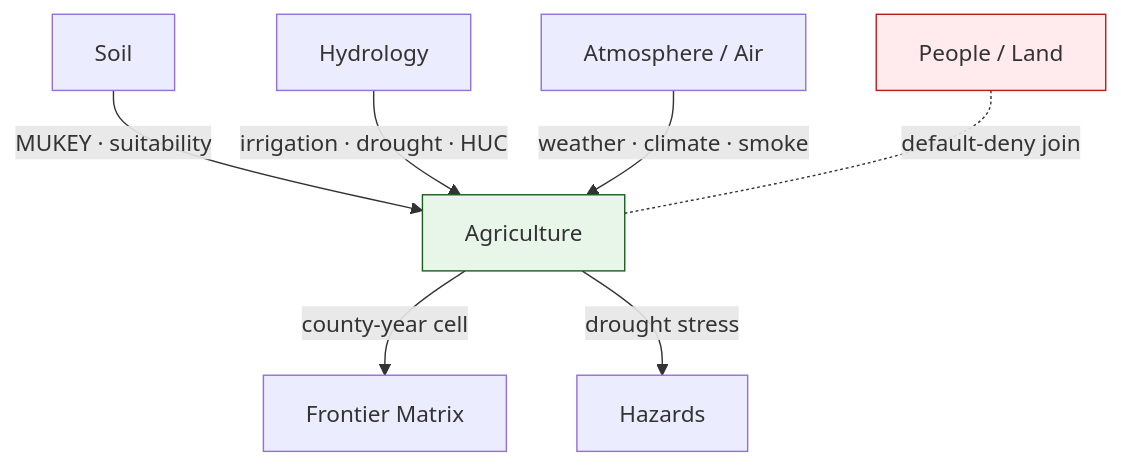
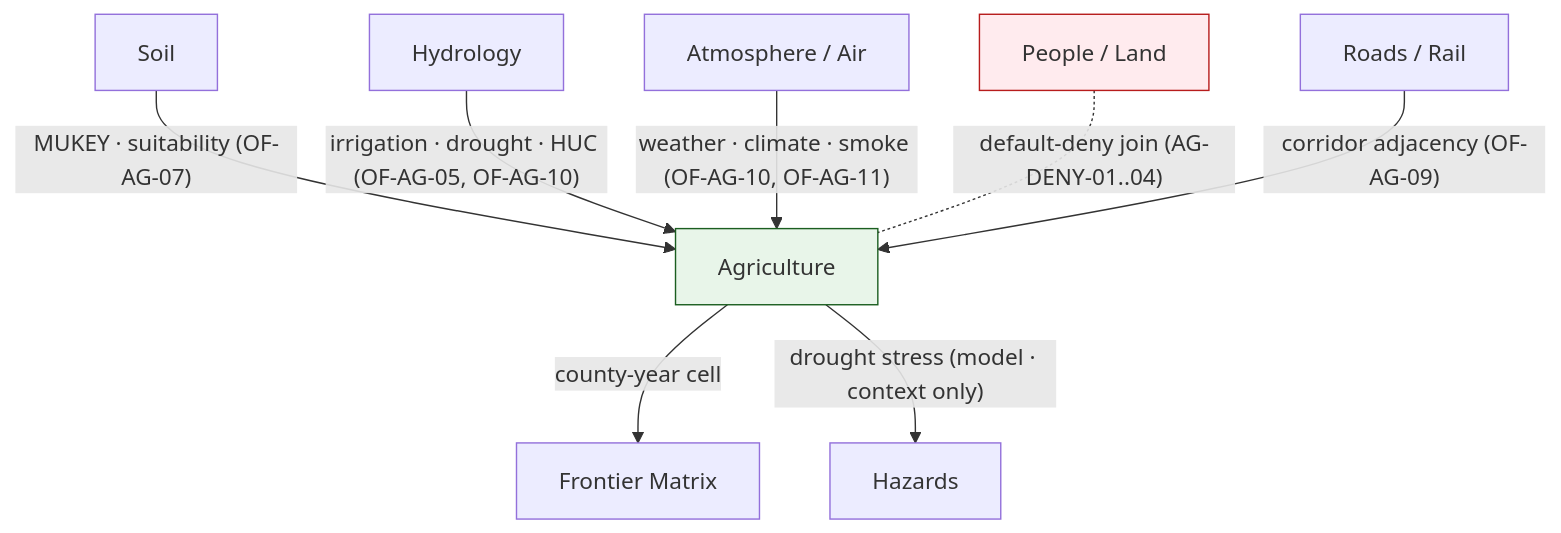
Before and after one commit to bartytime4life/Kansas-Frontier-Matrix: the second of 2 diagrams in docs/domains/agriculture/PRESERVATION_MATRIX.md, drawn with Mermaid. The commit also changed other lines of this file, not shown here.

````diff
--- a/docs/domains/agriculture/PRESERVATION_MATRIX.md
+++ b/docs/domains/agriculture/PRESERVATION_MATRIX.md
@@ -240,22 +352,24 @@
 ```mermaid
 graph TD
     AG["Agriculture"]
     SOIL["Soil"]
     HYD["Hydrology"]
     AIR["Atmosphere / Air"]
     PPL["People / Land"]
     FM["Frontier Matrix"]
     HAZ["Hazards"]
+    RR["Roads / Rail"]
 
-    SOIL -- "MUKEY · suitability" --> AG
-    HYD  -- "irrigation · drought · HUC" --> AG
-    AIR  -- "weather · climate · smoke" --> AG
-    PPL  -. "default-deny join" .- AG
+    SOIL -- "MUKEY · suitability (OF-AG-07)" --> AG
+    HYD  -- "irrigation · drought · HUC (OF-AG-05, OF-AG-10)" --> AG
+    AIR  -- "weather · climate · smoke (OF-AG-10, OF-AG-11)" --> AG
+    PPL  -. "default-deny join (AG-DENY-01..04)" .- AG
+    RR   -- "corridor adjacency (OF-AG-09)" --> AG
     AG   -- "county-year cell" --> FM
-    AG   -- "drought stress" --> HAZ
+    AG   -- "drought stress (model · context only)" --> HAZ
 
     classDef ag fill:#e8f5e9,stroke:#1b5e20
     classDef restricted fill:#ffebee,stroke:#b71c1c
     class AG ag
     class PPL restricted
 ```
````
